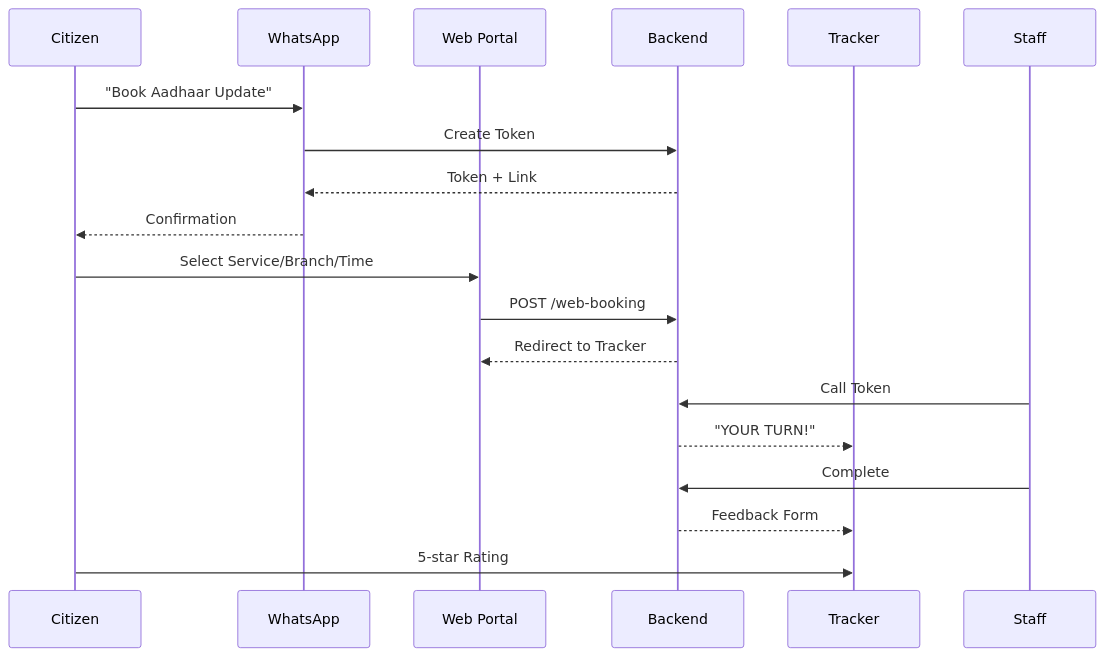
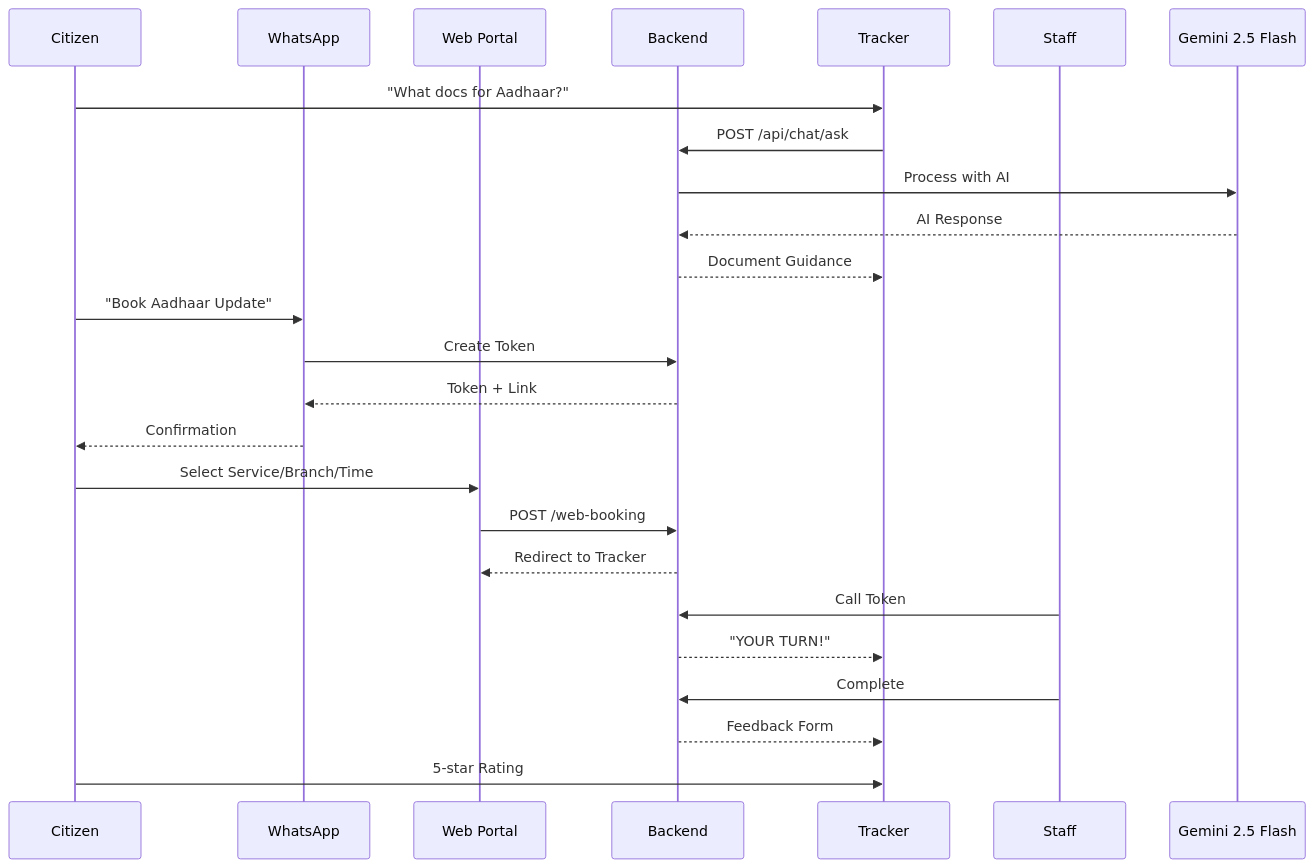
One commit to prasadbhalerao1/QueueHackathon changed the second of 5 diagrams in docs/Diagrams.md. Above: the diagram before and after it, drawn with Mermaid. The commit also changed other lines of this file and 2 other files, not shown here.

Commit message:
docs: finalize all documentation with new features, endpoints and Gemini 2.5 Flash

````diff
--- a/docs/Diagrams.md
+++ b/docs/Diagrams.md
@@ -54,21 +54,27 @@
 ```mermaid
 sequenceDiagram
     participant C as Citizen
     participant W as WhatsApp
     participant P as Web Portal
     participant B as Backend
     participant T as Tracker
     participant S as Staff
+    participant G as Gemini 2.5 Flash
+    C->>T: "What docs for Aadhaar?"
+    T->>B: POST /api/chat/ask
+    B->>G: Process with AI
+    G-->>B: AI Response
+    B-->>T: Document Guidance
     C->>W: "Book Aadhaar Update"
     W->>B: Create Token
     B-->>W: Token + Link
     W-->>C: Confirmation
     C->>P: Select Service/Branch/Time
     P->>B: POST /web-booking
     B-->>P: Redirect to Tracker
     S->>B: Call Token
     B-->>T: "YOUR TURN!"
     S->>B: Complete
     B-->>T: Feedback Form
     C->>T: 5-star Rating
 ```
````
